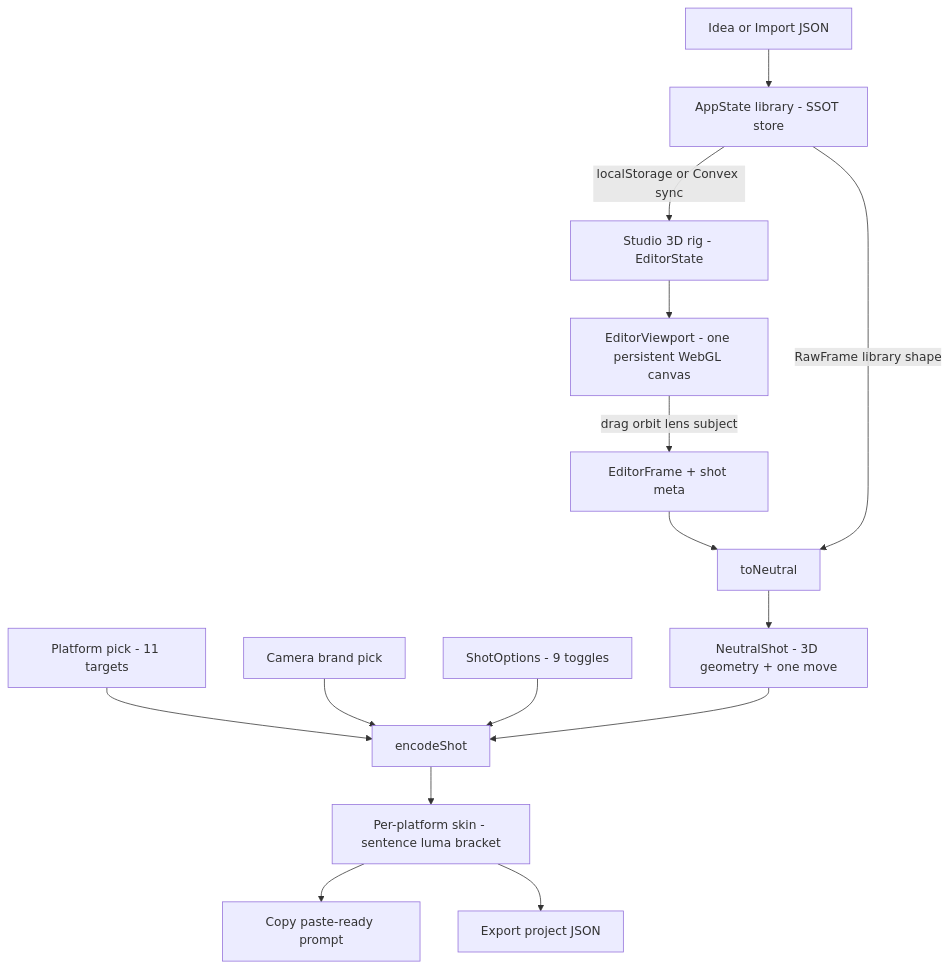
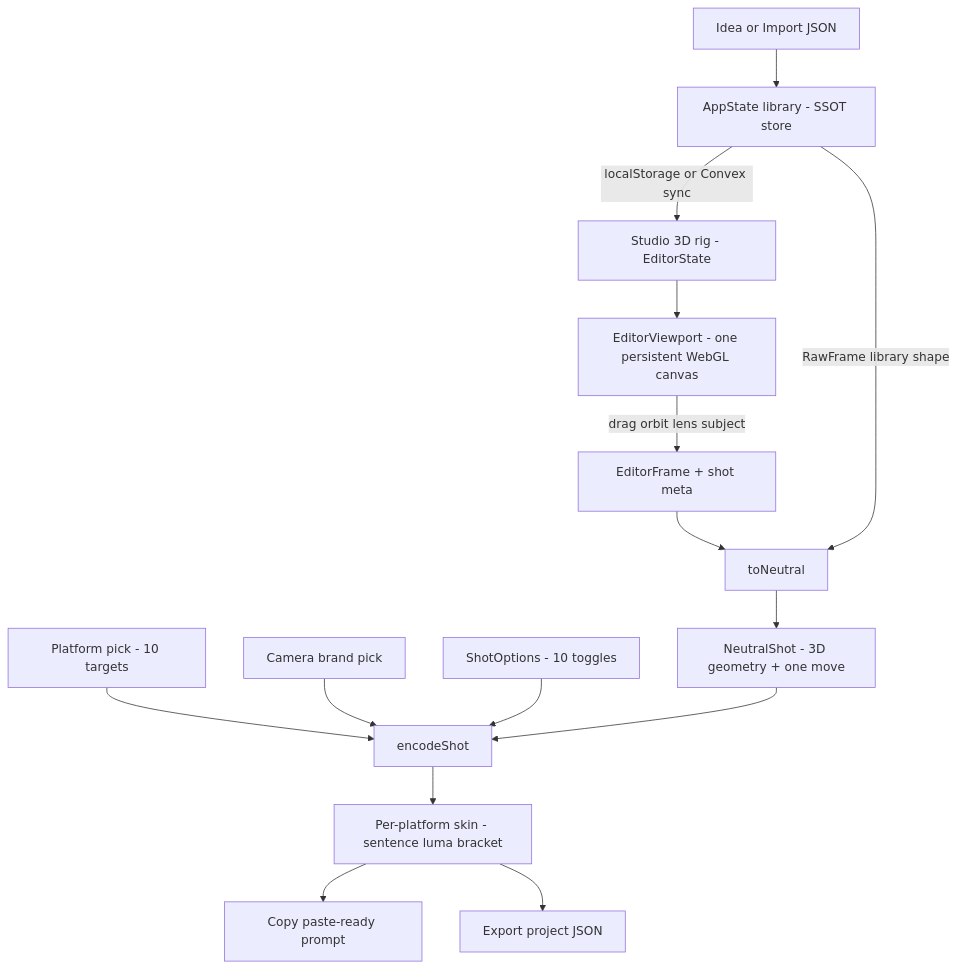
The diagram in README.md (rahmanef63/framepilot), drawn with Mermaid before and after one commit. The commit also changed other lines of this file and 14 other files, not shown here.

````diff
--- a/README.md
+++ b/README.md
@@ -72,17 +74,17 @@
 ```mermaid
 flowchart TD
   A[Idea or Import JSON] --> B[AppState library - SSOT store]
   B -->|localStorage or Convex sync| C[Studio 3D rig - EditorState]
   C --> D[EditorViewport - one persistent WebGL canvas]
   D -->|drag orbit lens subject| E[EditorFrame + shot meta]
   E --> F[toNeutral]
   B -->|RawFrame library shape| F
   F --> G[NeutralShot - 3D geometry + one move]
-  H[Platform pick - 11 targets] --> I[encodeShot]
+  H[Platform pick - 10 targets] --> I[encodeShot]
   N[Camera brand pick] --> I
-  J[ShotOptions - 9 toggles] --> I
+  J[ShotOptions - 10 toggles] --> I
   G --> I
   I --> K[Per-platform skin - sentence luma bracket]
   K --> L[Copy paste-ready prompt]
   K --> M[Export project JSON]
 ```
````
